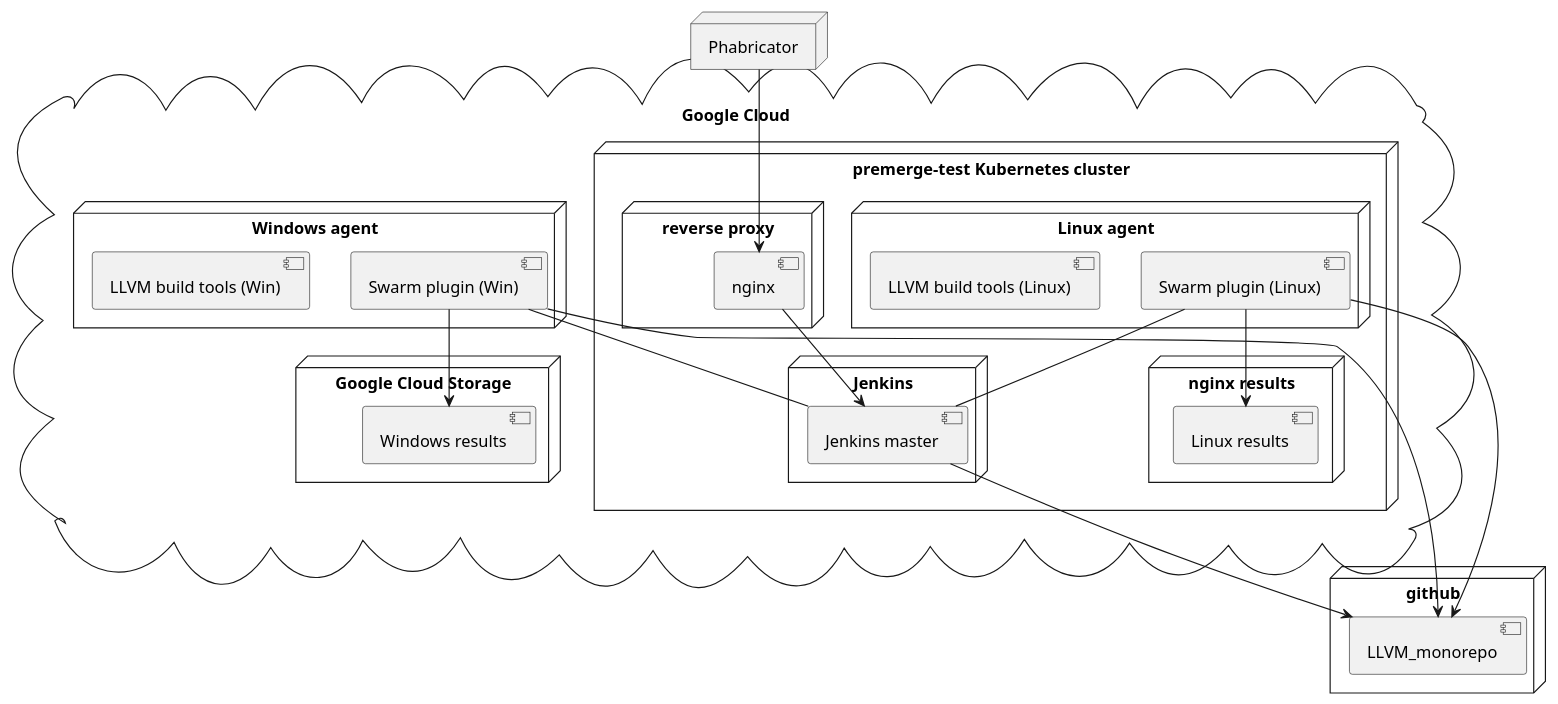
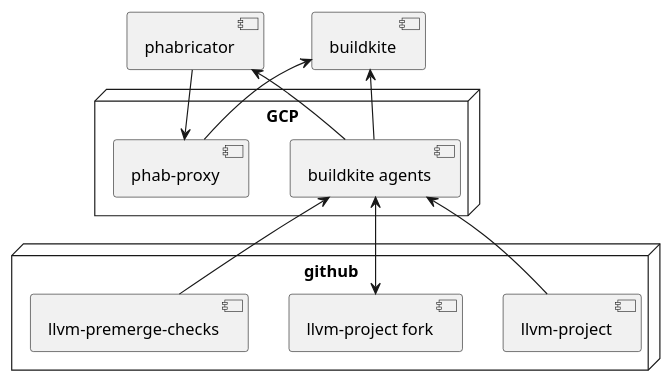
The diagram in docs/deployment.plantuml (google/llvm-premerge-checks), drawn with PlantUML before and after one commit. The commit also changed 5 other files, not shown here.

```diff
--- a/docs/deployment.plantuml
+++ b/docs/deployment.plantuml
@@ -1,53 +1,24 @@
 @startuml
-
-node Phabricator
+component phabricator
+component buildkite
 
 node github {
-component LLVM_monorepo
+ component "llvm-project"
+ component "llvm-project fork"
+ component "llvm-premerge-checks"
 }
 
-cloud "Google Cloud" {
-
-node "premerge-test Kubernetes cluster" {
-
-
-node "reverse proxy" {
-component nginx
-}
-
-node "nginx results" {
-component "Linux results"
-}
-
-node "Jenkins" {
-component "Jenkins master"
-}
-
-node "Linux agent" {
-component "Swarm plugin (Linux)"
-component "LLVM build tools (Linux)"
-[Swarm plugin (Linux)] -- [Jenkins master]
-[Swarm plugin (Linux)] --> [Linux results]
-}
+node "GCP" {
+ component "buildkite agents"
+ component "phab-proxy"
 }
 
 
-node "Google Cloud Storage" {
-component "Windows results"
-}
-
-node "Windows agent" {
-component "Swarm plugin (Win)"
-component "LLVM build tools (Win)"
-[Swarm plugin (Win)] -- [Jenkins master]
-[Swarm plugin (Win)] --> [Windows results]
-}
-
-}
-Phabricator --> nginx
-nginx --> [Jenkins master]
-[Jenkins master] --> LLVM_monorepo
-[Swarm plugin (Linux)] --> LLVM_monorepo
-[Swarm plugin (Win)] --> LLVM_monorepo
-
+[phabricator] --> [phab-proxy]
+[phab-proxy] --> [buildkite]
+[buildkite] <-- [buildkite agents]
+[buildkite agents] <-- [llvm-project]
+[buildkite agents] <--> [llvm-project fork]
+[buildkite agents] --> [phabricator]
+[buildkite agents] <-- [llvm-premerge-checks]
 @enduml
```
